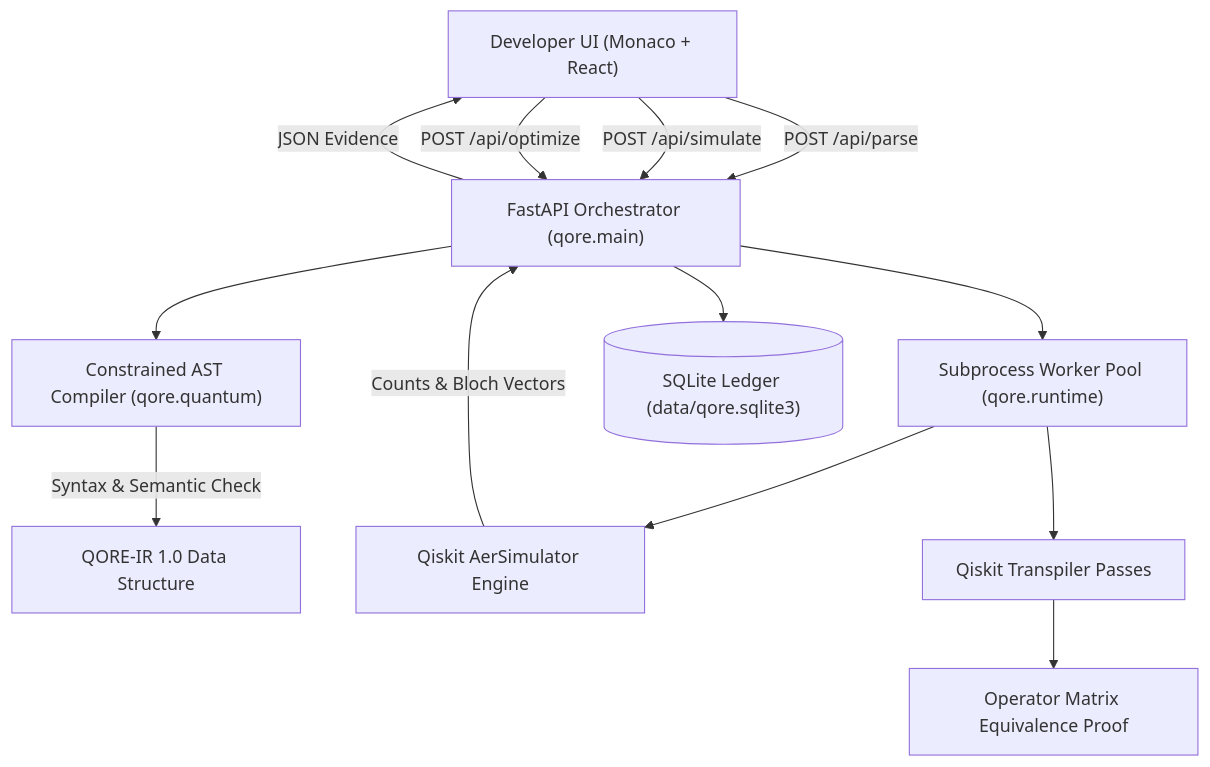
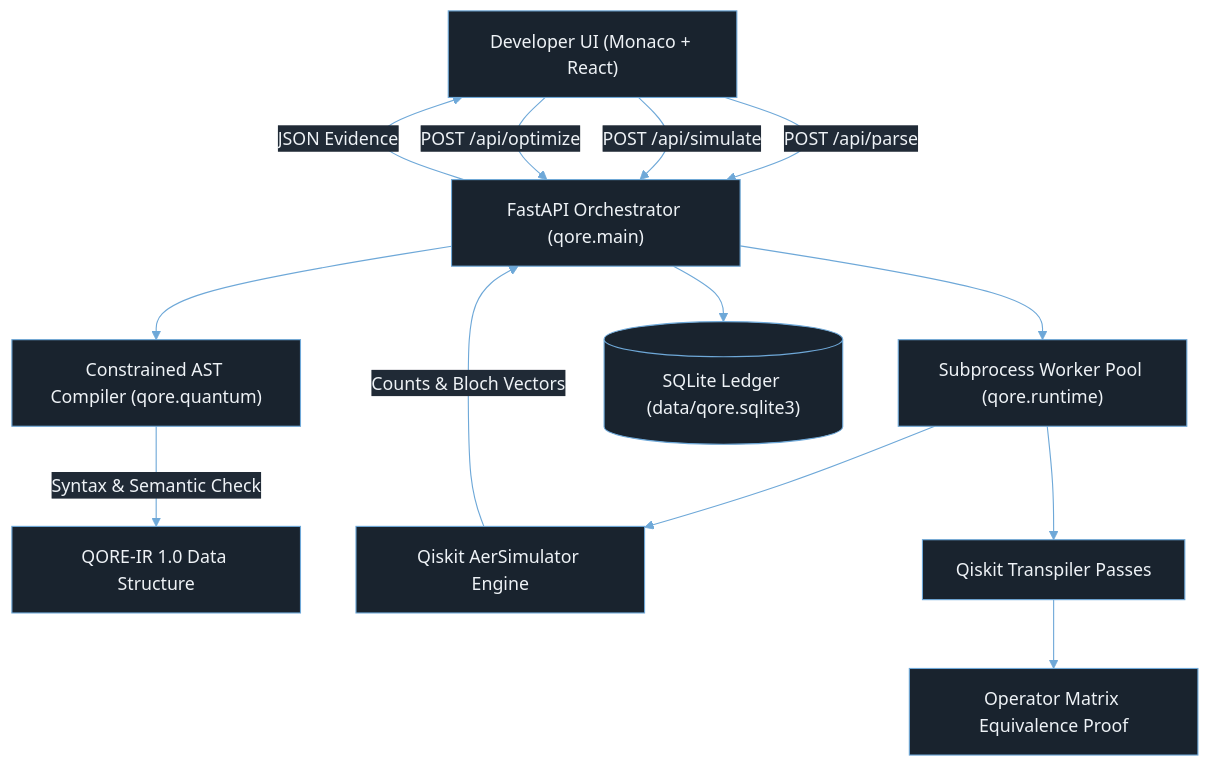
Before and after one commit to ganeshkumarchalla/Qore: the diagram in README.md, drawn with Mermaid. The commit also changed other lines of this file and 2 other files, not shown here.

````diff
--- a/README.md
+++ b/README.md
@@ -96,25 +108,26 @@
 ```mermaid
 flowchart TD
+    %%{init: {'theme':'base','themeVariables': {'primaryColor':'#19232e','primaryTextColor':'#eef2f6','primaryBorderColor':'#6ea8d8','lineColor':'#6ea8d8','secondaryColor':'#202a36','tertiaryColor':'#111821'}}}%%
     User["Developer UI (Monaco + React)"]
     API["FastAPI Orchestrator (qore.main)"]
     AST["Constrained AST Compiler (qore.quantum)"]
     IR["QORE-IR 1.0 Data Structure"]
     Worker["Subprocess Worker Pool (qore.runtime)"]
     Aer["Qiskit AerSimulator Engine"]
     Transpiler["Qiskit Transpiler Passes"]
     Equiv["Operator Matrix Equivalence Proof"]
     DB[("SQLite Ledger (data/qore.sqlite3)")]
 
     User -->|POST /api/parse| API
     User -->|POST /api/simulate| API
     User -->|POST /api/optimize| API
     API --> AST
     AST -->|Syntax & Semantic Check| IR
     API --> Worker
     Worker --> Aer
     Worker --> Transpiler
     Transpiler --> Equiv
     Aer -->|Counts & Bloch Vectors| API
     API --> DB
     API -->|JSON Evidence| User
 ```
````
